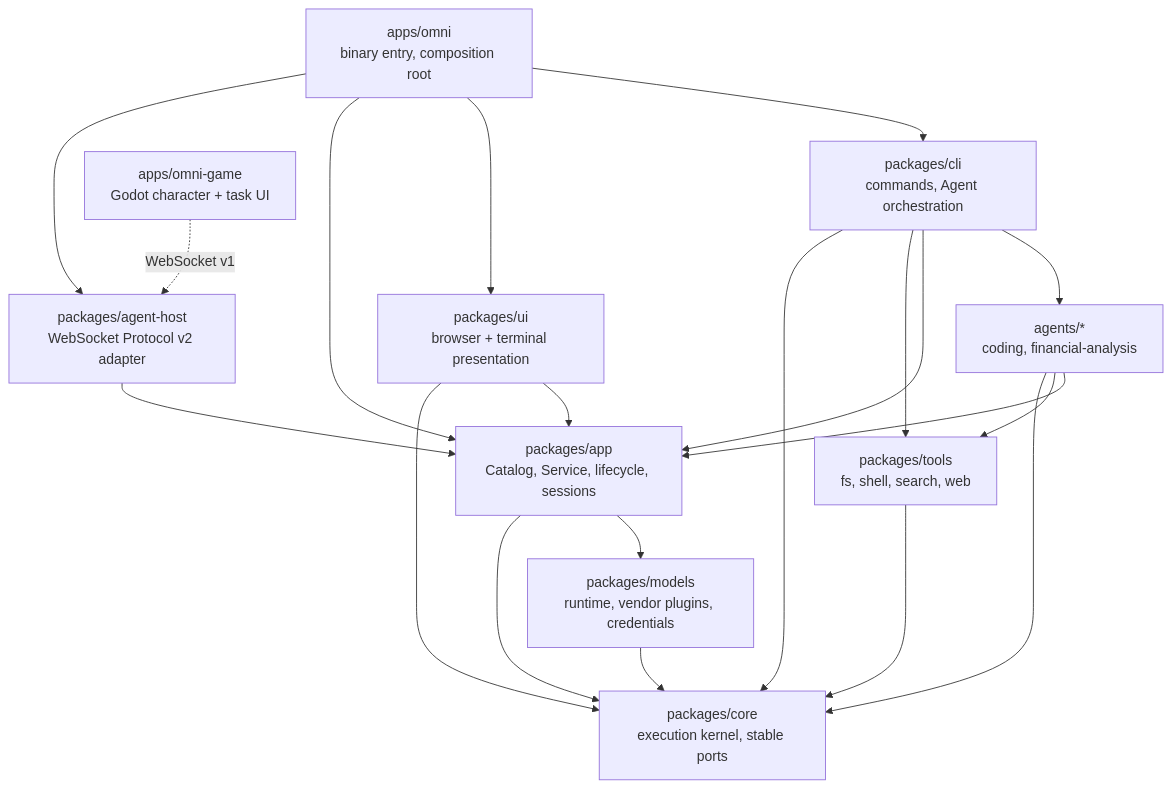
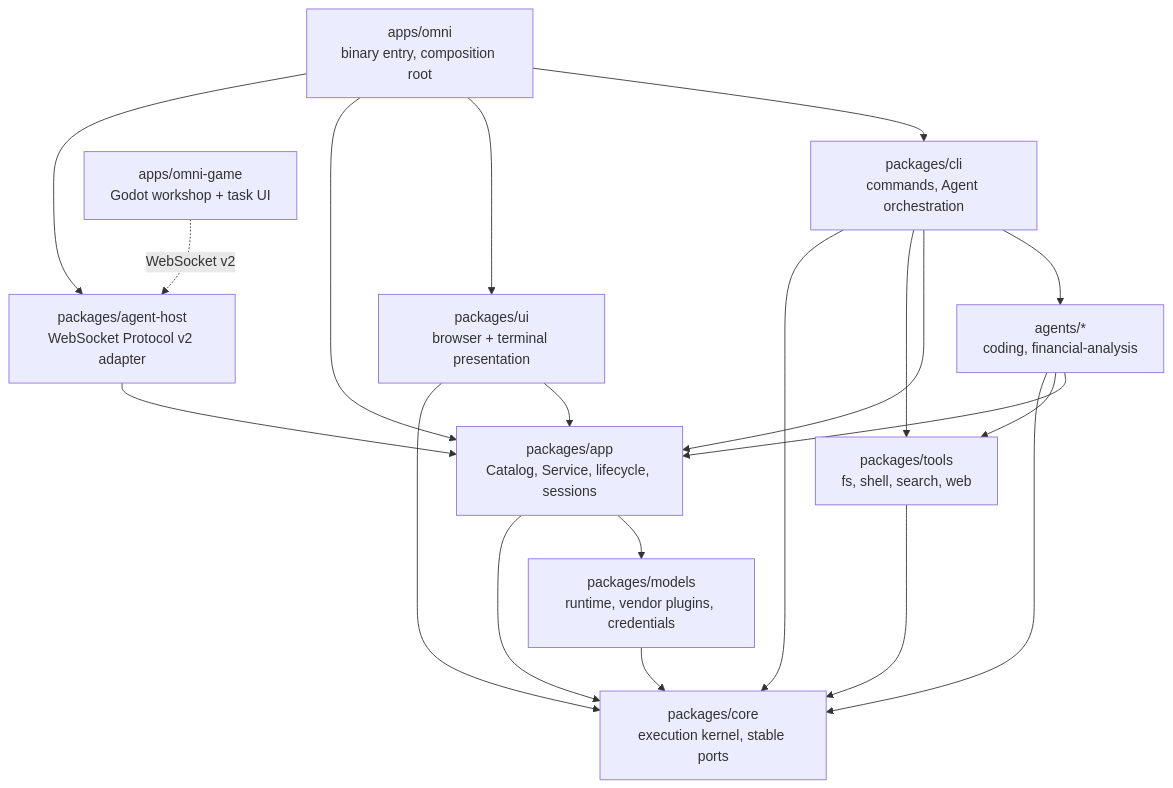
The diagram in README.md (xdnloveme/omni-agent), drawn with Mermaid before and after one commit. The commit also changed other lines of this file and 129 other files, not shown here.

First line of the commit message:
feat(game): integrate workshop gameplay and Host v2

````diff
--- a/README.md
+++ b/README.md
@@ -573,33 +578,33 @@
 ```mermaid
 graph TD
     HOST["apps/omni<br/>binary entry, composition root"]
     CLI["packages/cli<br/>commands, Agent orchestration"]
     AGENTS["agents/*<br/>coding, financial-analysis"]
     APP["packages/app<br/>Catalog, Service, lifecycle, sessions"]
     AGENT_HOST["packages/agent-host<br/>WebSocket Protocol v2 adapter"]
-    GAME["apps/omni-game<br/>Godot character + task UI"]
+    GAME["apps/omni-game<br/>Godot workshop + task UI"]
     MODELS["packages/models<br/>runtime, vendor plugins, credentials"]
     TOOLS["packages/tools<br/>fs, shell, search, web"]
     UI["packages/ui<br/>browser + terminal presentation"]
     CORE["packages/core<br/>execution kernel, stable ports"]
 
     HOST --> CLI
     HOST --> UI
     HOST --> APP
     HOST --> AGENT_HOST
     AGENT_HOST --> APP
-    GAME -. "WebSocket v1" .-> AGENT_HOST
+    GAME -. "WebSocket v2" .-> AGENT_HOST
     CLI --> AGENTS
     CLI --> APP
     CLI --> TOOLS
     CLI --> CORE
     AGENTS --> APP
     AGENTS --> TOOLS
     UI --> APP
     UI --> CORE
     AGENTS --> CORE
     APP --> MODELS
     APP --> CORE
     MODELS --> CORE
     TOOLS --> CORE
 ```
````
